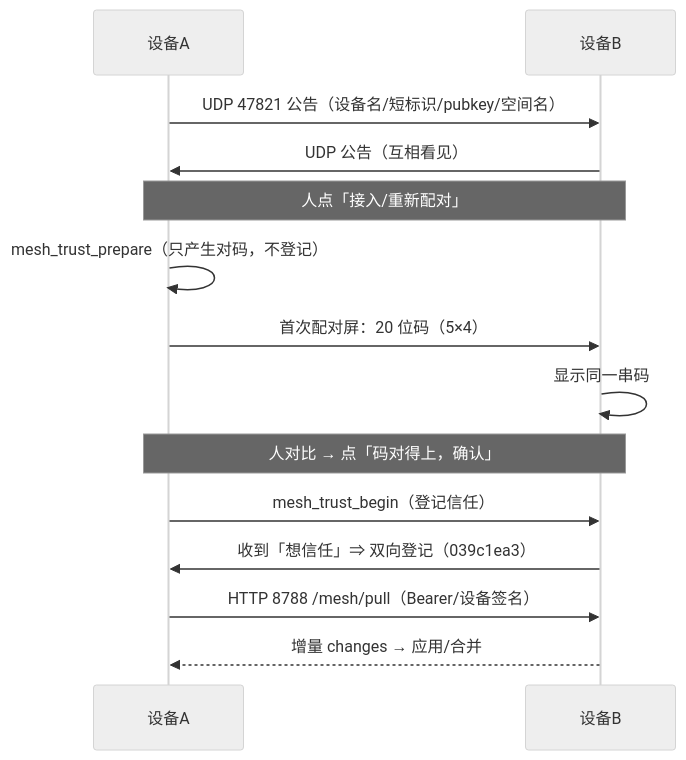
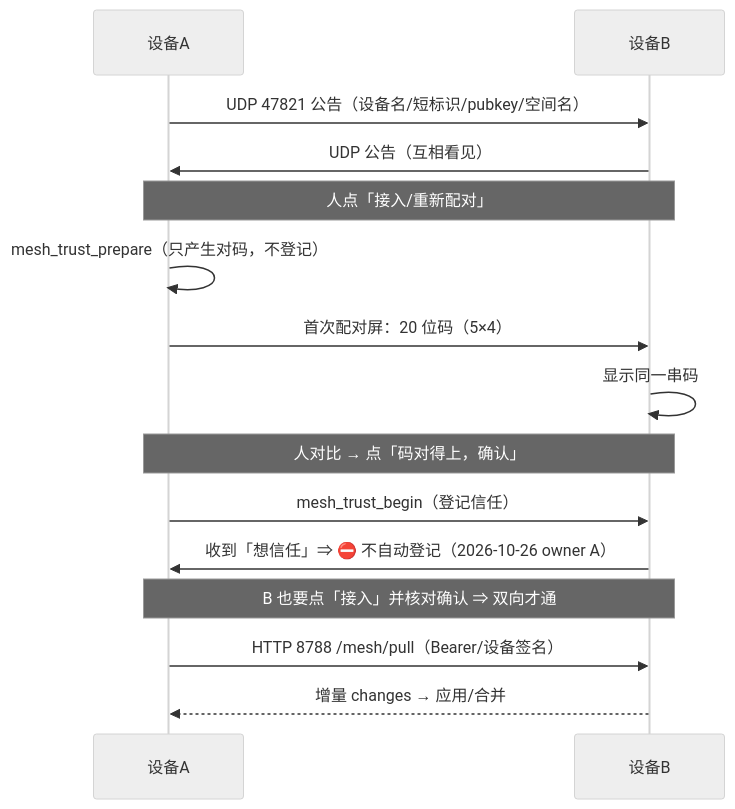
One commit to ShuyoNote/ShuyoNote changed the third of 3 diagrams in docs/plans/mobile/2026-10-20-mobile-tech-plan-complete.md. Above: the diagram before and after it, drawn with Mermaid (neutral theme). The commit also changed other lines of this file and 11 other files, not shown here.

````diff
--- a/docs/plans/mobile/2026-10-20-mobile-tech-plan-complete.md
+++ b/docs/plans/mobile/2026-10-20-mobile-tech-plan-complete.md
@@ -411,16 +411,17 @@
 ```mermaid
 sequenceDiagram
   participant A as 设备A
   participant B as 设备B
   A->>B: UDP 47821 公告（设备名/短标识/pubkey/空间名）
   B->>A: UDP 公告（互相看见）
   Note over A,B: 人点「接入/重新配对」
   A->>A: mesh_trust_prepare（只产生对码，不登记）
   A->>B: 首次配对屏：20 位码（5×4）
   B->>B: 显示同一串码
   Note over A,B: 人对比 → 点「码对得上，确认」
   A->>B: mesh_trust_begin（登记信任）
-  B->>A: 收到「想信任」⇒ 双向登记（039c1ea3）
+  B->>A: 收到「想信任」⇒ ⛔ 不自动登记（2026-10-26 owner A）
+  Note over A,B: B 也要点「接入」并核对确认 ⇒ 双向才通
   A->>B: HTTP 8788 /mesh/pull（Bearer/设备签名）
   B-->>A: 增量 changes → 应用/合并
 ```
````
